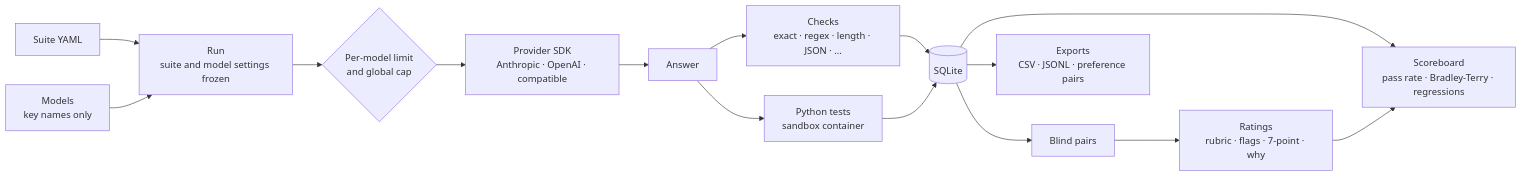
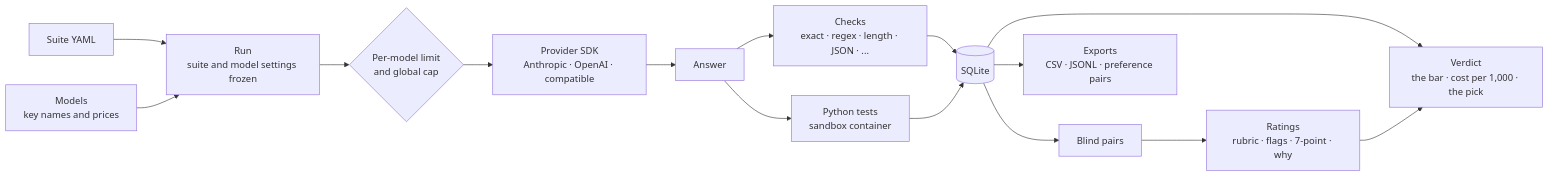
One commit to gallowforge/evalbench changed the diagram in README.md. Above: the diagram before and after it, drawn with Mermaid. The commit also changed other lines of this file and 66 other files, not shown here.

````diff
--- a/README.md
+++ b/README.md
@@ -127,15 +164,15 @@
 ```mermaid
 flowchart LR
   S[Suite YAML] --> R[Run<br/>suite and model settings frozen]
-  M[Models<br/>key names only] --> R
+  M[Models<br/>key names and prices] --> R
   R --> Q{Per-model limit<br/>and global cap}
   Q --> P[Provider SDK<br/>Anthropic · OpenAI · compatible]
   P --> A[Answer]
   A --> C[Checks<br/>exact · regex · length · JSON · ...]
   A --> X[Python tests<br/>sandbox container]
   C & X --> D[(SQLite)]
   D --> B[Blind pairs] --> H[Ratings<br/>rubric · flags · 7-point · why]
-  D --> G[Scoreboard<br/>pass rate · Bradley-Terry · regressions]
-  H --> G
+  D --> V[Verdict<br/>the bar · cost per 1,000 · the pick]
+  H --> V
   D --> E[Exports<br/>CSV · JSONL · preference pairs]
 ```
````
